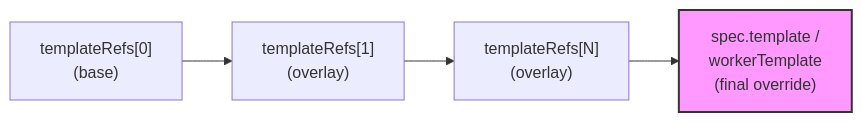
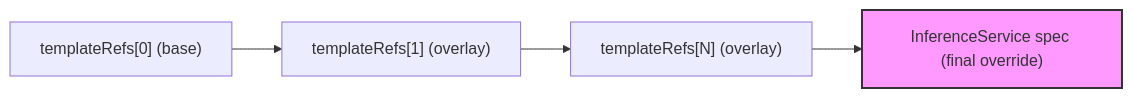
One commit to moreh-dev/mif changed the second of 3 diagrams in skills/guide-odin/SKILL.md. Above: the diagram before and after it, drawn with Mermaid. The commit also changed other lines of this file and 1 other file, not shown here.

````diff
--- a/skills/guide-odin/SKILL.md
+++ b/skills/guide-odin/SKILL.md
@@ -163,7 +165,7 @@
 ```mermaid
 flowchart LR
-    T0["templateRefs[0]\n(base)"] --> T1["templateRefs[1]\n(overlay)"]
-    T1 --> TN["templateRefs[N]\n(overlay)"]
-    TN --> SPEC["spec.template /\nworkerTemplate\n(final override)"]
+    T0["templateRefs[0] (base)"] --> T1["templateRefs[1] (overlay)"]
+    T1 --> TN["templateRefs[N] (overlay)"]
+    TN --> SPEC["InferenceService spec (final override)"]
     style SPEC fill:#f9f,stroke:#333,stroke-width:2px
 ```
````
